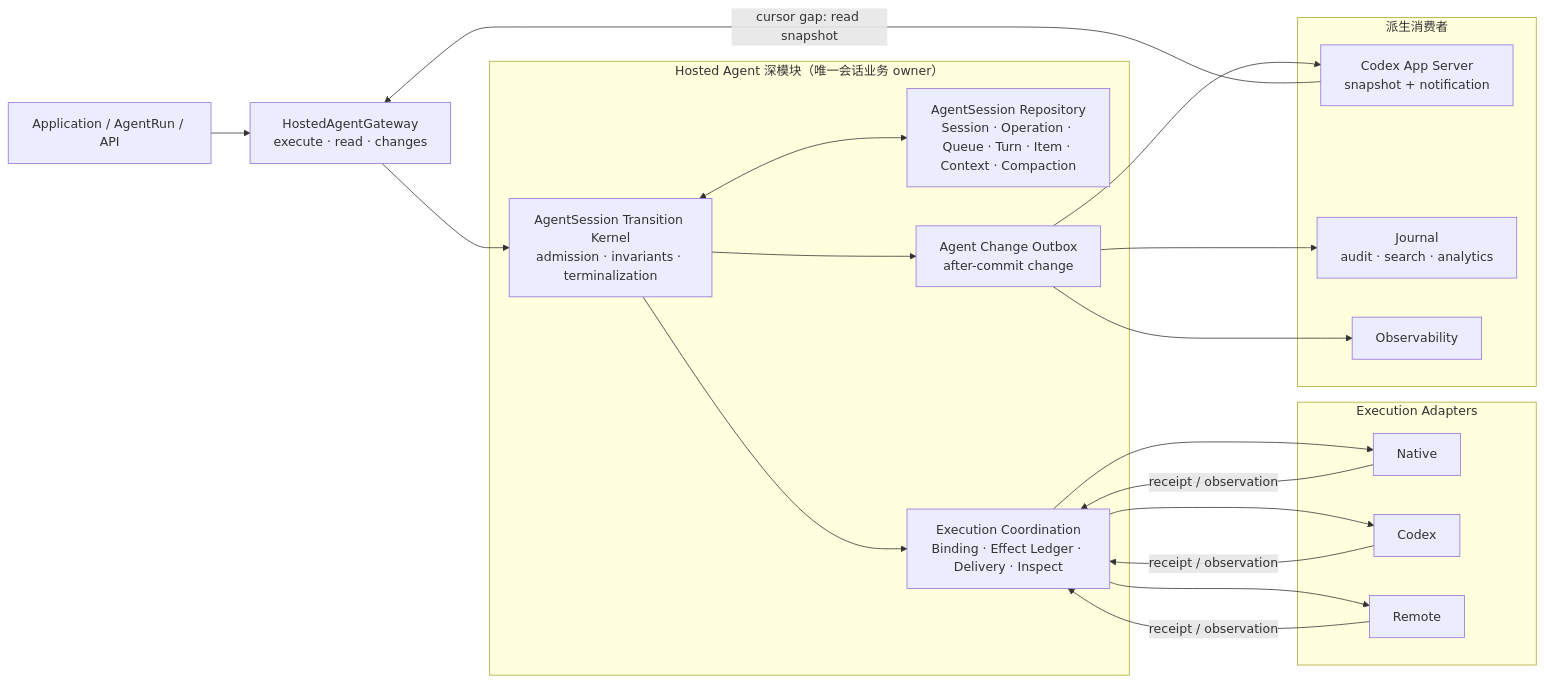
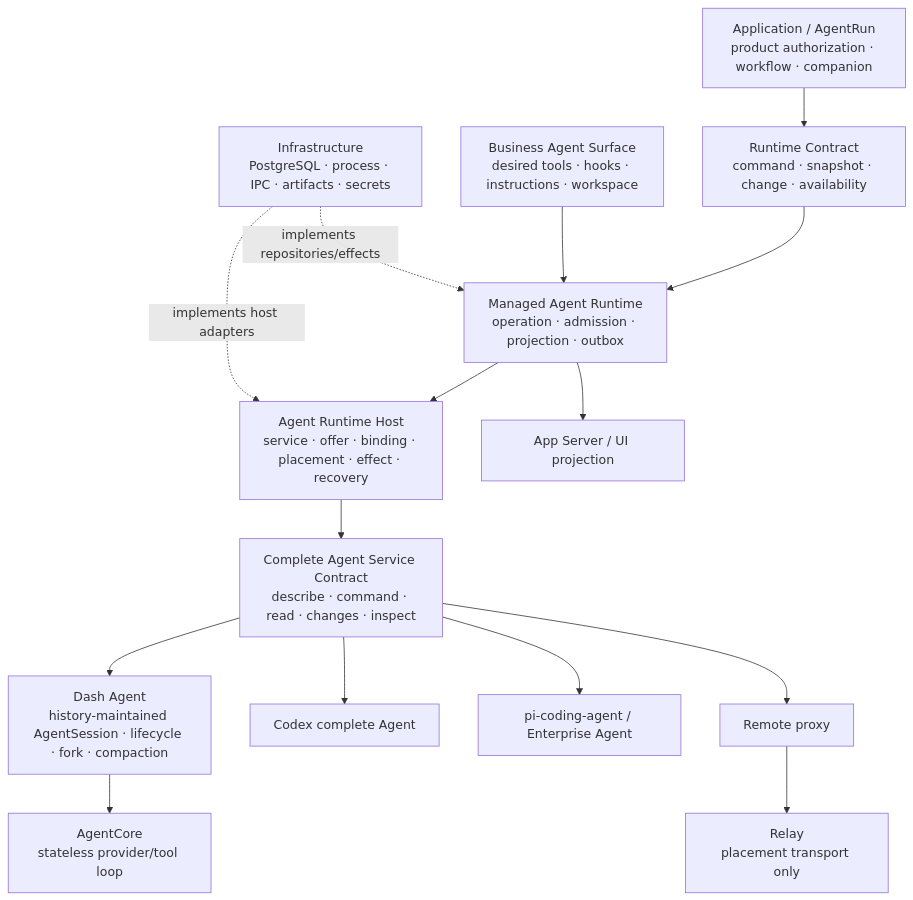
One commit to syan2018/AgentDash changed the first of 5 diagrams in .trellis/tasks/07-17-agent-runtime-compaction-state-protocol-review/design.md. Above: the diagram before and after it, drawn with Mermaid. The commit also changed other lines of this file and 63 other files, not shown here.

First line of the commit message:
docs(agent-runtime): 收敛最终架构与安全迁移规划

````diff
--- a/.trellis/tasks/07-17-agent-runtime-compaction-state-protocol-review/design.md
+++ b/.trellis/tasks/07-17-agent-runtime-compaction-state-protocol-review/design.md
@@ -134,40 +91,32 @@
 ```mermaid
-flowchart LR
-    APP["Application / AgentRun / API"]
-    GATE["HostedAgentGateway<br/>execute · read · changes"]
+flowchart TB
+    APP["Application / AgentRun<br/>product authorization · workflow · companion"]
+    CONTRACT["Runtime Contract<br/>command · snapshot · change · availability"]
+    RUNTIME["Managed Agent Runtime<br/>operation · admission · projection · outbox"]
+    SURFACE["Business Agent Surface<br/>desired tools · hooks · instructions · workspace"]
+    HOST["Agent Runtime Host<br/>service · offer · binding · placement · effect · recovery"]
+    SERVICE["Complete Agent Service Contract<br/>describe · command · read · changes · inspect"]
+    DASH["Dash Agent<br/>history-maintained AgentSession · lifecycle · fork · compaction"]
+    CORE["AgentCore<br/>stateless provider/tool loop"]
+    CODEX["Codex complete Agent"]
+    PI["pi-coding-agent / Enterprise Agent"]
+    REMOTE["Remote proxy"]
+    INFRA["Infrastructure<br/>PostgreSQL · process · IPC · artifacts · secrets"]
+    RELAY["Relay<br/>placement transport only"]
+    PROTOCOL["App Server / UI projection"]
 
-    subgraph HA["Hosted Agent 深模块（唯一会话业务 owner）"]
-        KERNEL["AgentSession Transition Kernel<br/>admission · invariants · terminalization"]
-        REPO["AgentSession Repository<br/>Session · Operation · Queue · Turn · Item · Context · Compaction"]
-        EFFECT["Execution Coordination<br/>Binding · Effect Ledger · Delivery · Inspect"]
-        OUTBOX["Agent Change Outbox<br/>after-commit change"]
-        KERNEL <--> REPO
-        KERNEL --> EFFECT
-        KERNEL --> OUTBOX
-    end
-
-    subgraph ADAPTERS["Execution Adapters"]
-        NATIVE["Native"]
-        CODEX["Codex"]
-        REMOTE["Remote"]
-    end
-
-    subgraph PROJ["派生消费者"]
-        ASP["Codex App Server<br/>snapshot + notification"]
-        JOURNAL["Journal<br/>audit · search · analytics"]
-        OBS["Observability"]
-    end
-
-    APP --> GATE
-    GATE --> KERNEL
-    EFFECT --> NATIVE
-    EFFECT --> CODEX
-    EFFECT --> REMOTE
-    NATIVE -->|"receipt / observation"| EFFECT
-    CODEX -->|"receipt / observation"| EFFECT
-    REMOTE -->|"receipt / observation"| EFFECT
-    OUTBOX --> ASP
-    OUTBOX --> JOURNAL
-    OUTBOX --> OBS
-    ASP -->|"cursor gap: read snapshot"| GATE
+    APP --> CONTRACT
+    CONTRACT --> RUNTIME
+    SURFACE --> RUNTIME
+    RUNTIME --> HOST
+    HOST --> SERVICE
+    SERVICE --> DASH
+    DASH --> CORE
+    SERVICE --> CODEX
+    SERVICE --> PI
+    SERVICE --> REMOTE
+    REMOTE --> RELAY
+    INFRA -. "implements repositories/effects" .-> RUNTIME
+    INFRA -. "implements host adapters" .-> HOST
+    RUNTIME --> PROTOCOL
 ```
````
